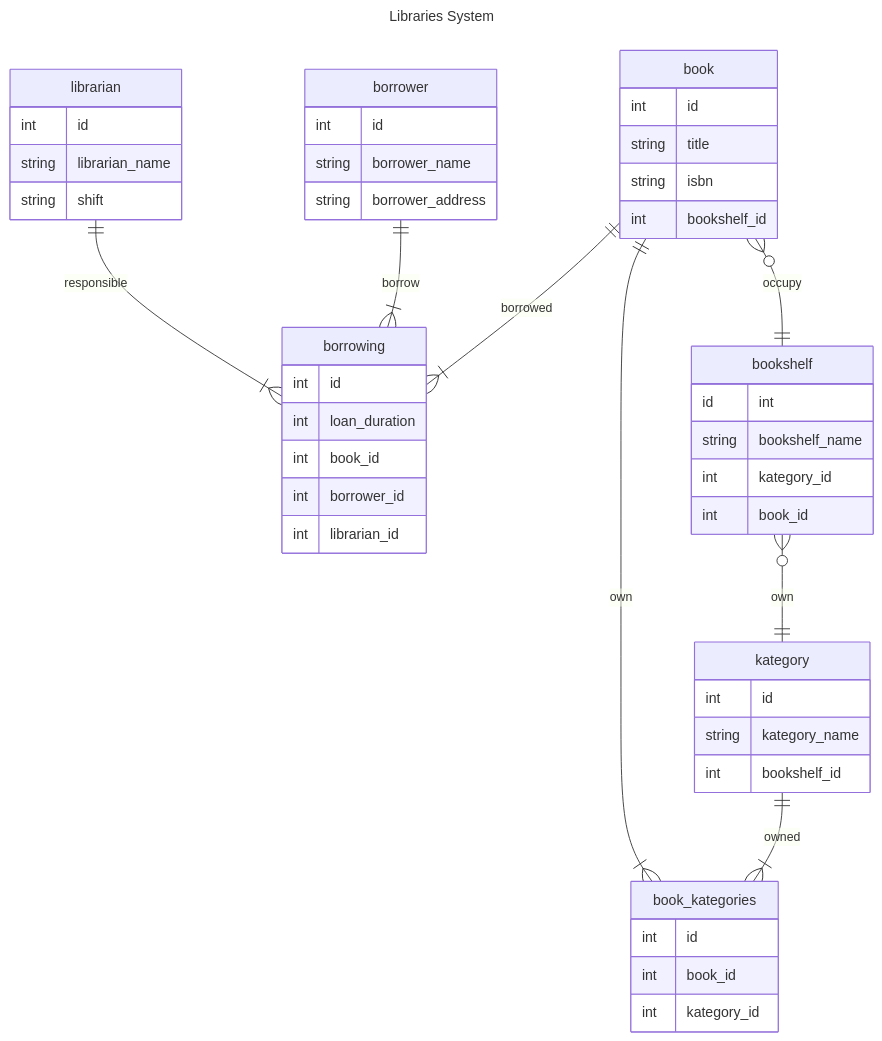
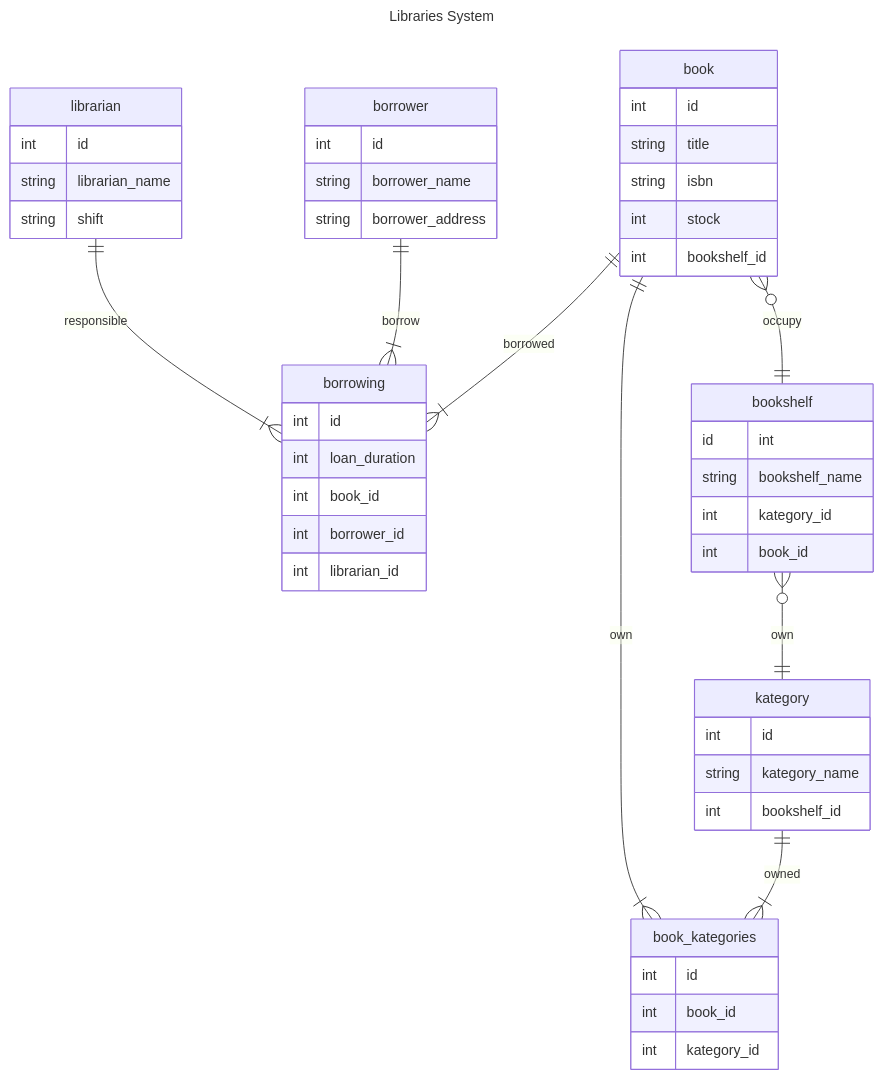
One commit to ItsnaMaulanaHasan/koda-b4-db1 changed the diagram in README.md. Above: the diagram before and after it, drawn with Mermaid.

Commit message:
feat: added atribut stock on table book

````diff
--- a/README.md
+++ b/README.md
@@ -3,59 +3,60 @@
 ```mermaid
 ---
     title: Libraries System
 ---
 erDiagram
     book{
         int id
         string title
         string isbn
+        int stock
         int bookshelf_id
     }
 
     kategory{
         int id
         string kategory_name
         int bookshelf_id
     }
 
     bookshelf{
         id int
         string bookshelf_name
         int kategory_id
         int book_id
     }
 
     librarian{
         int id
         string librarian_name
         string shift
     }
 
     borrower{
         int id
         string borrower_name
         string borrower_address
     }
 
     borrowing{
         int id
         int loan_duration
         int book_id
         int borrower_id
         int librarian_id
     }
 
     book_kategories{
         int id
         int book_id
         int kategory_id
     }
 
     librarian ||--|{ borrowing : responsible
     borrower ||--|{ borrowing : borrow
     book ||--|{ borrowing : borrowed
     book ||--|{ book_kategories : own
     kategory ||--|{ book_kategories : owned
     book }o--|| bookshelf : occupy
     bookshelf }o--|| kategory : own
 ```
````
